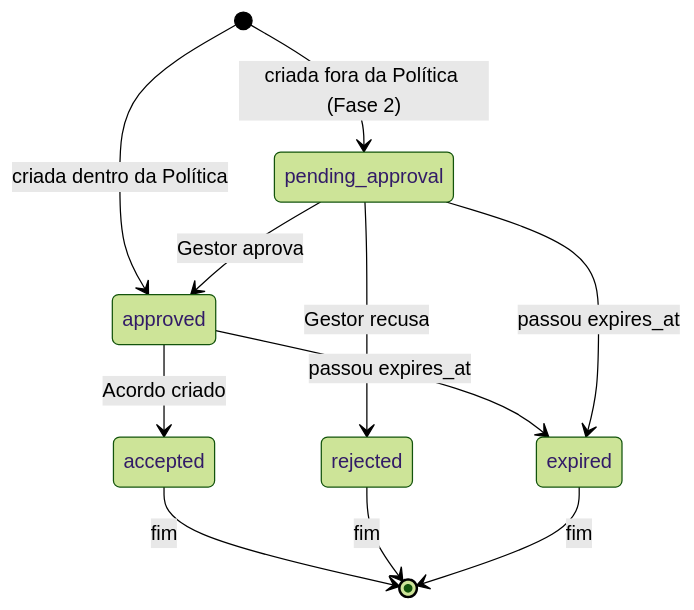
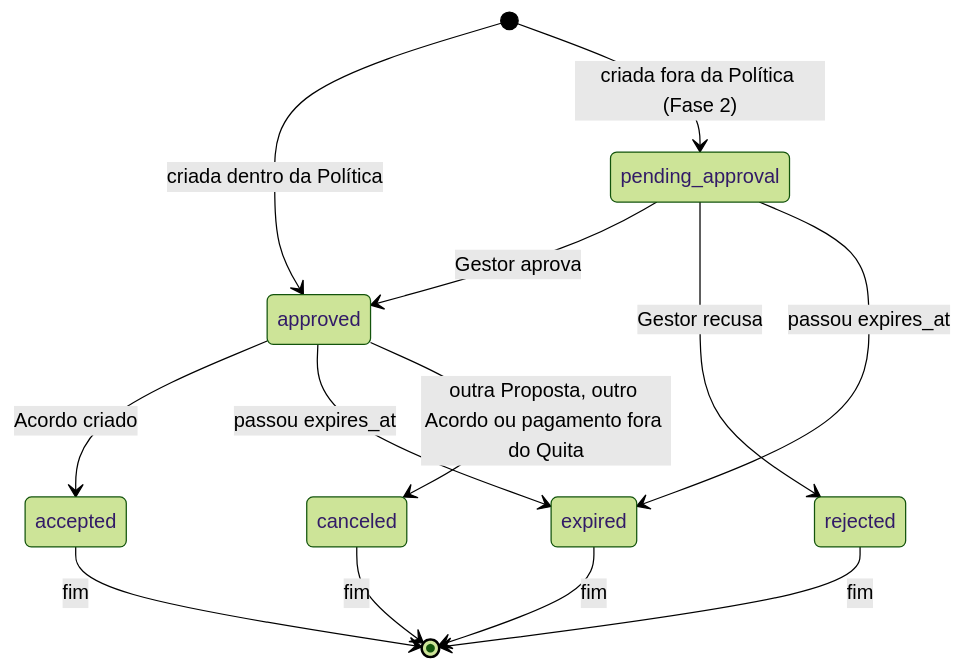
Before and after one commit to quita-app/quita-docs: the fourth of 5 diagrams in docs/lld/api.md, drawn with Mermaid (forest theme). The commit also changed other lines of this file and 33 other files, not shown here.

````diff
--- a/docs/lld/api.md
+++ b/docs/lld/api.md
@@ -175,13 +183,15 @@
 ```mermaid
 stateDiagram-v2
   [*] --> approved: criada dentro da Política
   [*] --> pending_approval: criada fora da Política (Fase 2)
   pending_approval --> approved: Gestor aprova
   pending_approval --> rejected: Gestor recusa
   approved --> accepted: Acordo criado
   approved --> expired: passou expires_at
+  approved --> canceled: outra Proposta, outro Acordo ou pagamento fora do Quita
   pending_approval --> expired: passou expires_at
   accepted --> [*]: fim
   rejected --> [*]: fim
   expired --> [*]: fim
+  canceled --> [*]: fim
 ```
````
